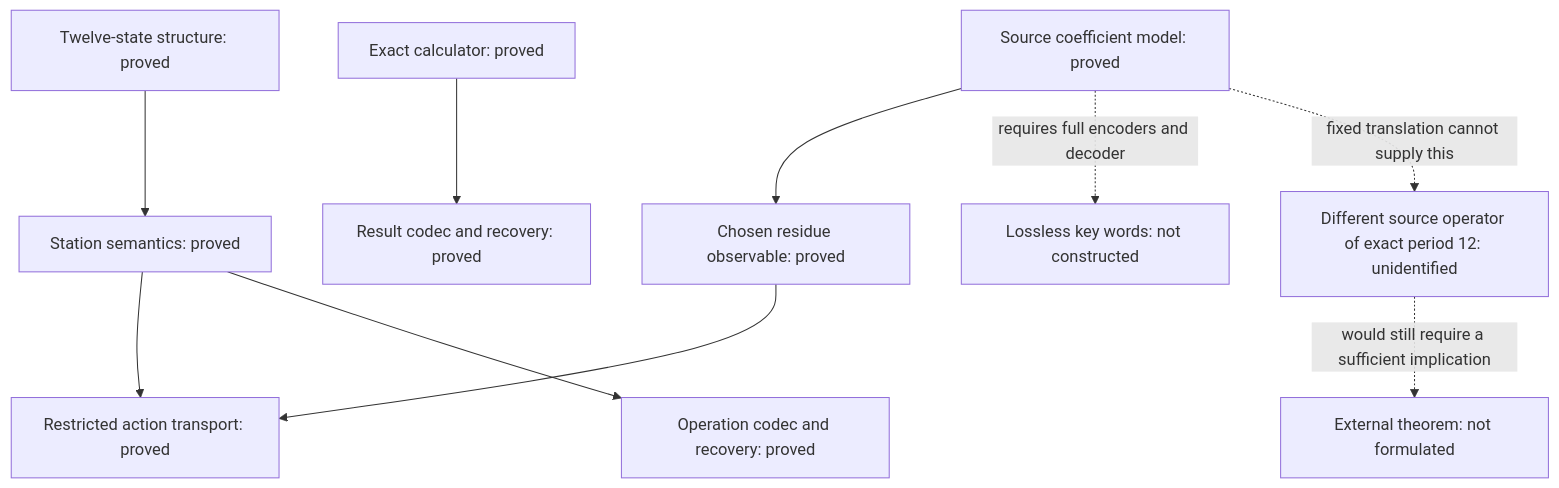
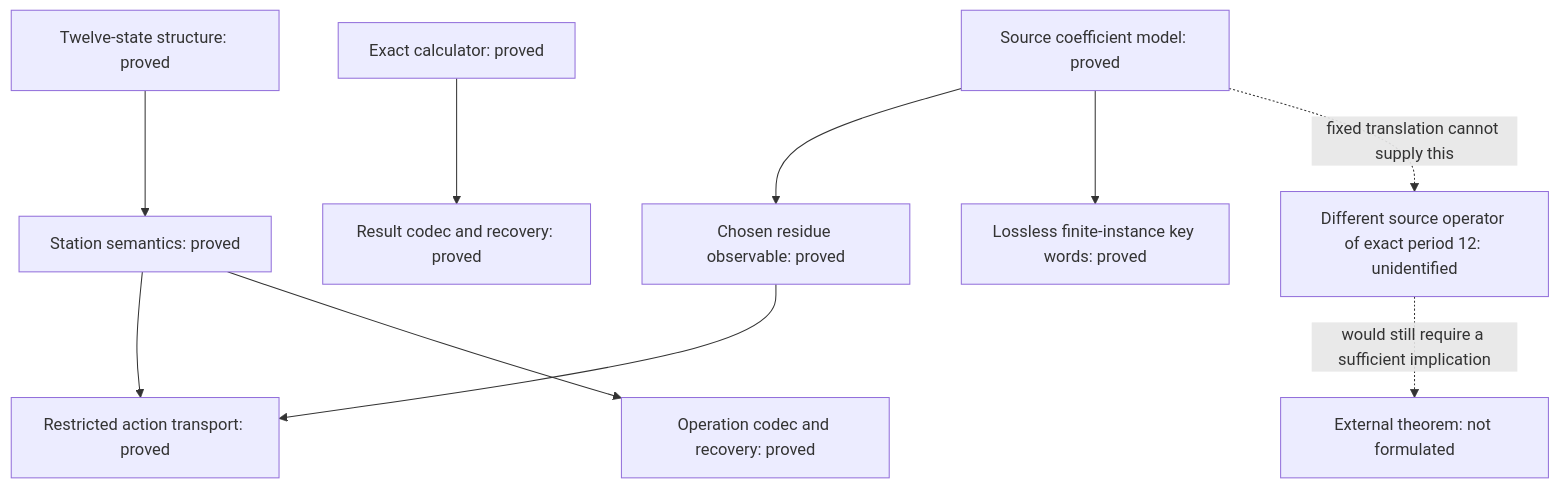
Before and after one commit to johnstobey/Alien-math-decoded-2: the diagram in verification/PROOF_DEPENDENCY_MAP.md, drawn with Mermaid. The commit also changed other lines of this file and 10 other files, not shown here.

Commit message:
Verify order-twelve key coordinate operator and lossless framed key transport

````diff
--- a/verification/PROOF_DEPENDENCY_MAP.md
+++ b/verification/PROOF_DEPENDENCY_MAP.md
@@ -53,12 +59,12 @@
 ```mermaid
 flowchart TD
   B[Source coefficient model: proved] --> C[Chosen residue observable: proved]
   A[Twelve-state structure: proved] --> D[Station semantics: proved]
   C --> E[Restricted action transport: proved]
   D --> E
   D --> F[Operation codec and recovery: proved]
   G[Exact calculator: proved] --> H[Result codec and recovery: proved]
-  B -. requires full encoders and decoder .-> K[Lossless key words: not constructed]
+  B --> K[Lossless finite-instance key words: proved]
   B -. fixed translation cannot supply this .-> J[Different source operator of exact period 12: unidentified]
   J -. would still require a sufficient implication .-> L[External theorem: not formulated]
 ```
````
